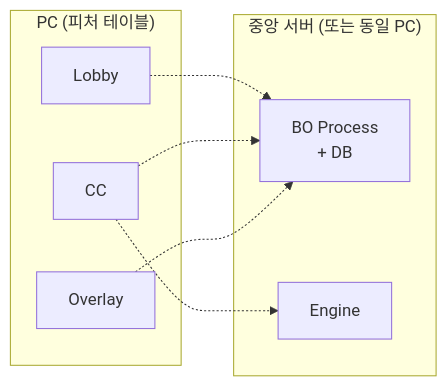
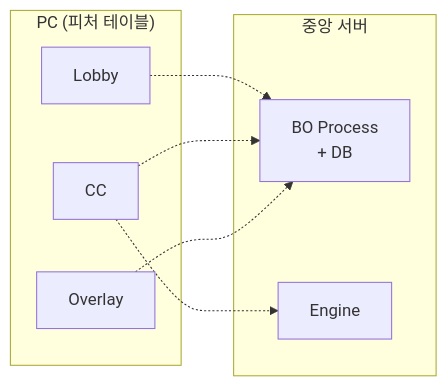
Diagram 12 of 18 in docs/1. Product/Foundation.md (garimto81/ebs_github), drawn with Mermaid before and after one commit. The commit also changed other lines of this file and 2 other files, not shown here.

Commit message:
docs(foundation): v4.0 Graphic Novel Edition 본문 교체 (Foundation_redesign 통합)

````diff
--- a/docs/1. Product/Foundation.md
+++ b/docs/1. Product/Foundation.md
@@ -1023,16 +689,16 @@
 ```mermaid
 flowchart LR
     subgraph PC["PC (피처 테이블)"]
         L[Lobby]
         C[CC]
         O[Overlay]
     end
-    subgraph Server["중앙 서버 (또는 동일 PC)"]
+    subgraph Server["중앙 서버"]
         BO[BO Process<br/>+ DB]
         Eng[Engine]
     end
     L -.-> BO
     C -.-> BO
     C -.-> Eng
     O -.-> BO
 ```
````
